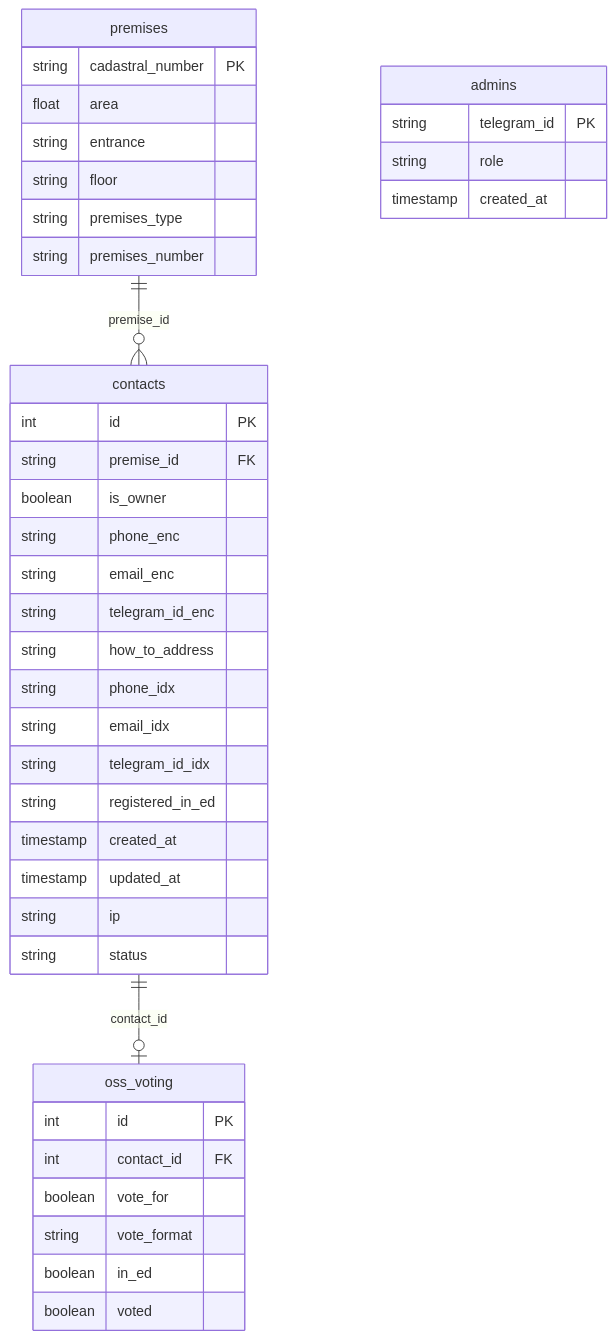
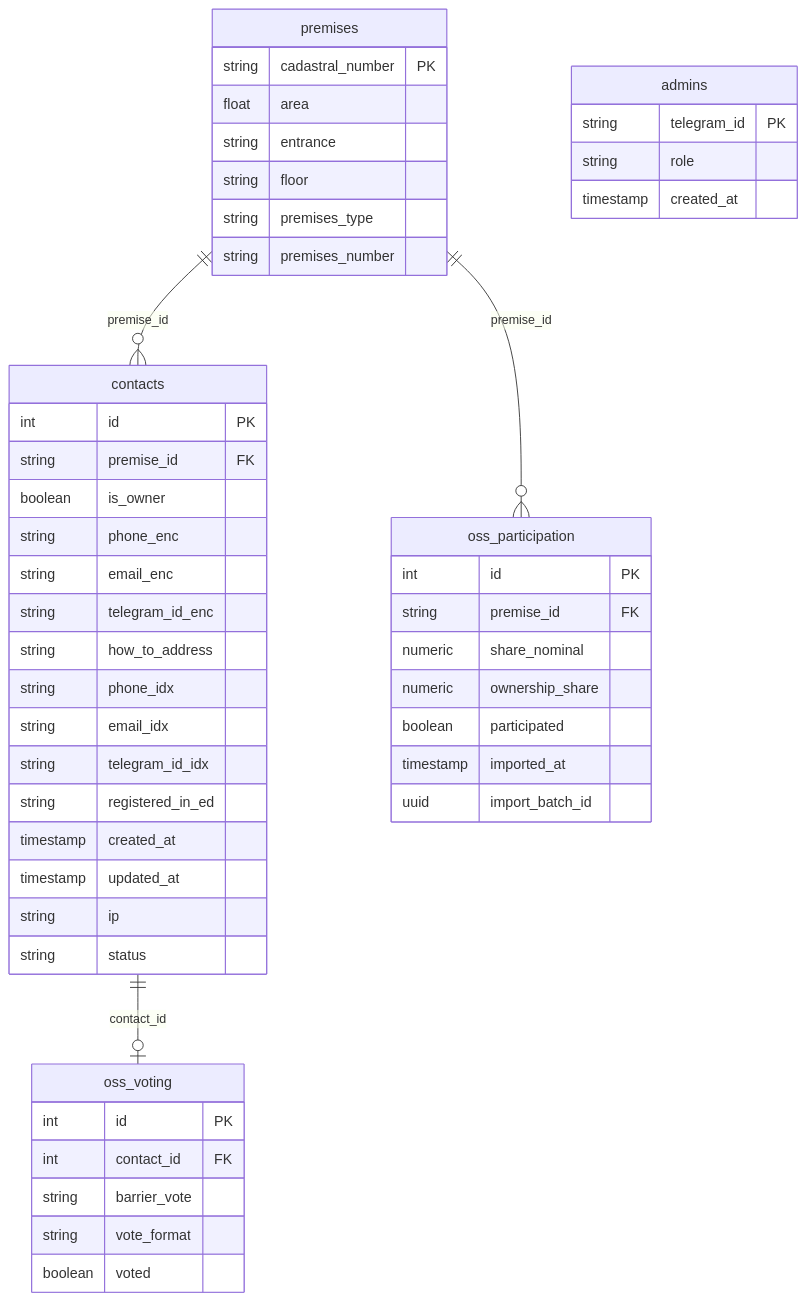
One commit to enedelko/mkd-contacts changed the diagram in docs/srs/99-summary.md. Above: the diagram before and after it, drawn with Mermaid. The commit also changed other lines of this file and 16 other files, not shown here.

First line of the commit message:
feat: import voting participation and show it on chessboard and stats

````diff
--- a/docs/srs/99-summary.md
+++ b/docs/srs/99-summary.md
@@ -50,43 +51,52 @@
 ```mermaid
 erDiagram
     premises ||--o{ contacts : "premise_id"
+    premises ||--o{ oss_participation : "premise_id"
     contacts ||--o| oss_voting : "contact_id"
     admins {
       string telegram_id PK
       string role
       timestamp created_at
     }
     premises {
       string cadastral_number PK
       float area
       string entrance
       string floor
       string premises_type
       string premises_number
     }
     contacts {
       int id PK
       string premise_id FK
       boolean is_owner
       string phone_enc
       string email_enc
       string telegram_id_enc
       string how_to_address
       string phone_idx
       string email_idx
       string telegram_id_idx
       string registered_in_ed
       timestamp created_at
       timestamp updated_at
       string ip
       string status
     }
     oss_voting {
       int id PK
       int contact_id FK
-      boolean vote_for
+      string barrier_vote
       string vote_format
-      boolean in_ed
       boolean voted
     }
+    oss_participation {
+      int id PK
+      string premise_id FK
+      numeric share_nominal
+      numeric ownership_share
+      boolean participated
+      timestamp imported_at
+      uuid import_batch_id
+    }
 ```
````
